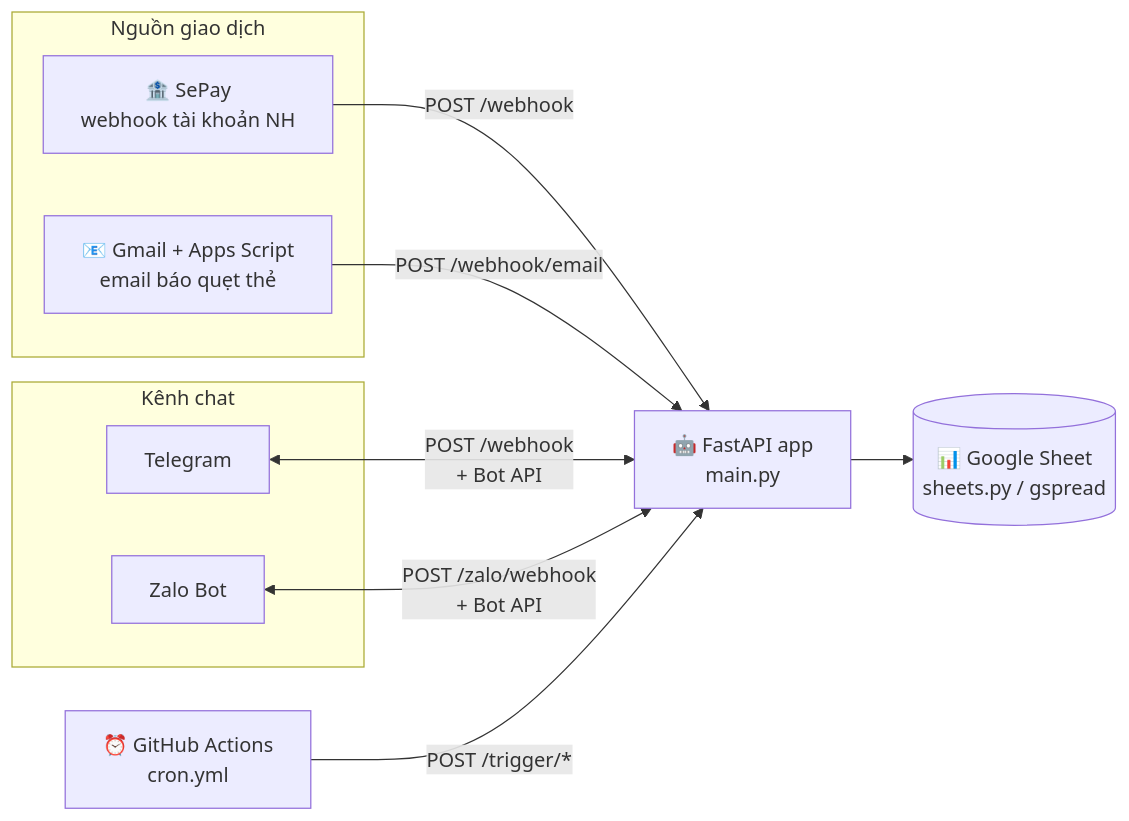
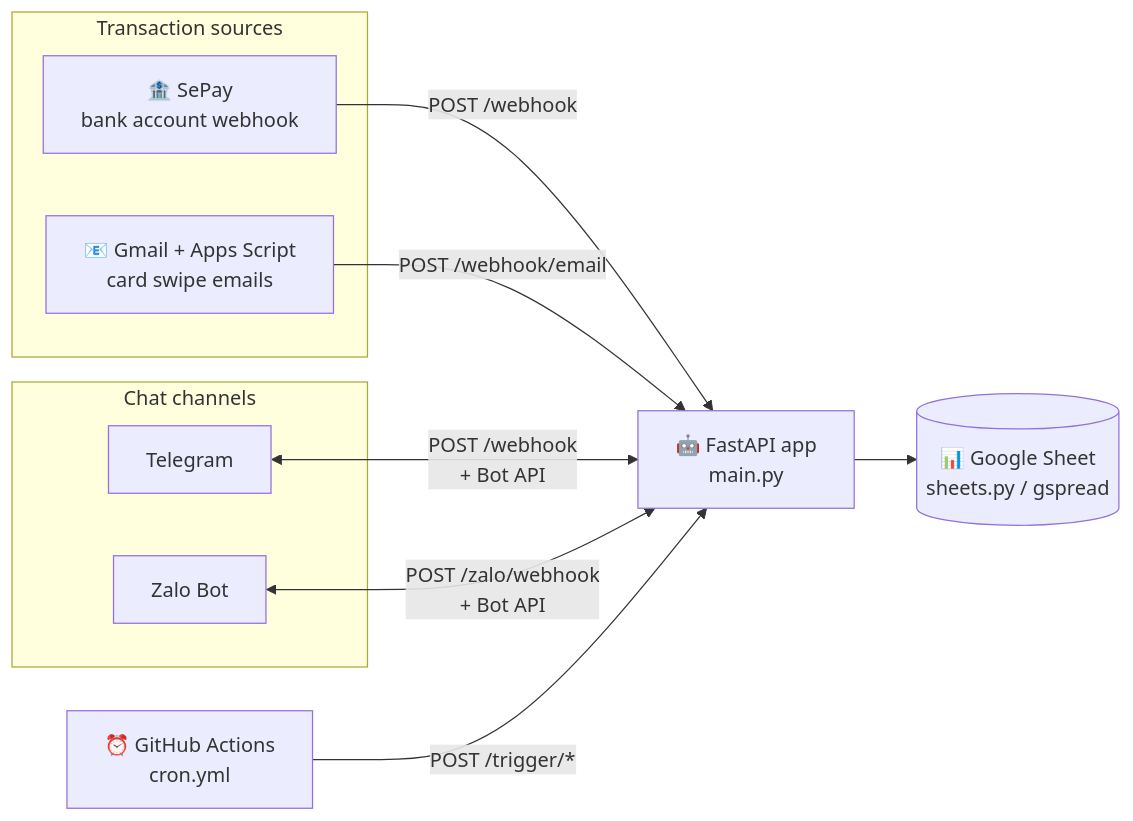
Before and after one commit to maingocanh1702/my-money-went-bot: the first of 2 diagrams in ARCHITECTURE.md, drawn with Mermaid. The commit also changed other lines of this file and 1 other file, not shown here.

First line of the commit message:
docs: add English ARCHITECTURE.md, move Vietnamese to ARCHITECTURE.vi.md

````diff
--- a/ARCHITECTURE.md
+++ b/ARCHITECTURE.md
@@ -19,20 +23,20 @@
 ```mermaid
 flowchart LR
-    subgraph Nguồn giao dịch
-      SP[🏦 SePay<br/>webhook tài khoản NH]
-      GM[📧 Gmail + Apps Script<br/>email báo quẹt thẻ]
+    subgraph Transaction sources
+      SP[🏦 SePay<br/>bank account webhook]
+      GM[📧 Gmail + Apps Script<br/>card swipe emails]
     end
-    subgraph Kênh chat
+    subgraph Chat channels
       TG[Telegram]
       ZL[Zalo Bot]
     end
     GH[⏰ GitHub Actions<br/>cron.yml]
 
     SP -->|POST /webhook| APP
     GM -->|POST /webhook/email| APP
     TG <-->|POST /webhook<br/>+ Bot API| APP
     ZL <-->|POST /zalo/webhook<br/>+ Bot API| APP
     GH -->|POST /trigger/*| APP
 
     APP[🤖 FastAPI app<br/>main.py] --> SH[(📊 Google Sheet<br/>sheets.py / gspread)]
 ```
````
